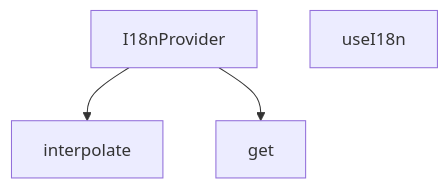
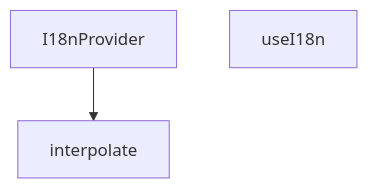
One commit to peckop/venthub-hvac-esite changed the diagram in src/i18n/I18nProvider.md. Above: the diagram before and after it, drawn with Mermaid. The commit also changed other lines of this file and 5 other files, not shown here.

````diff
--- a/src/i18n/I18nProvider.md
+++ b/src/i18n/I18nProvider.md
@@ -157,9 +161,7 @@
 ```mermaid
 graph TD
     I18nProvider_tsx__I18nProvider["I18nProvider"]
-    I18nProvider_tsx__get["get"]
     I18nProvider_tsx__interpolate["interpolate"]
     I18nProvider_tsx__useI18n["useI18n"]
     I18nProvider_tsx__I18nProvider --> I18nProvider_tsx__interpolate
-    I18nProvider_tsx__I18nProvider --> I18nProvider_tsx__get
 ```
````
